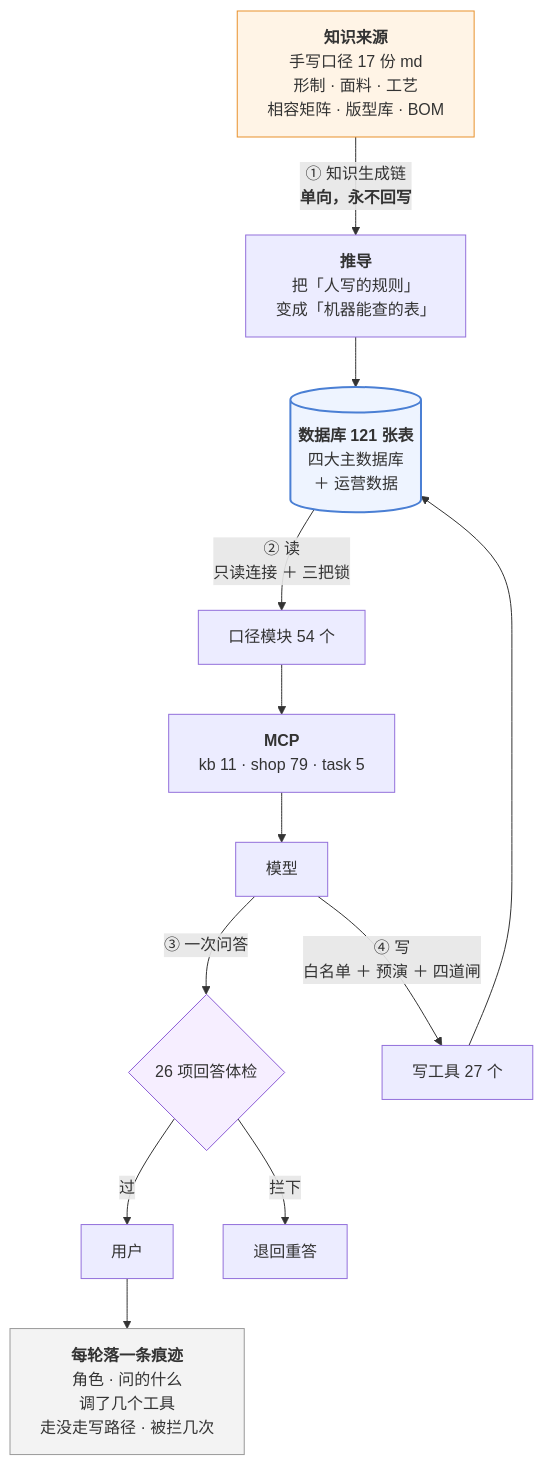
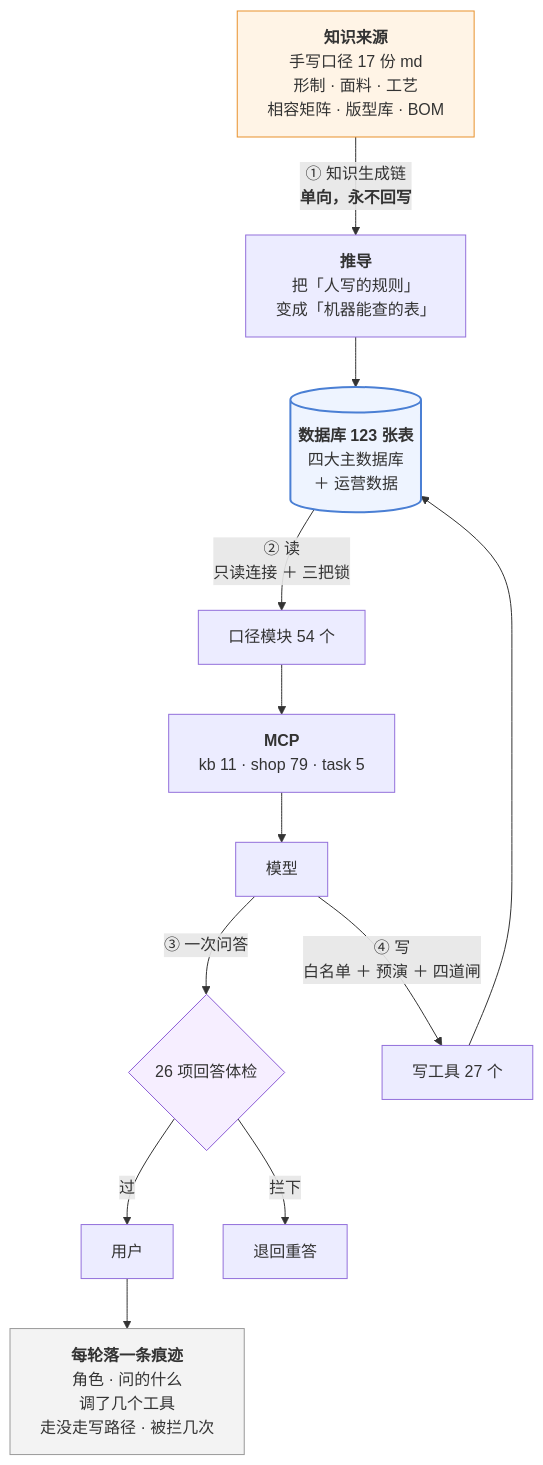
Before and after one commit to 843773296-rgb/lanxiu-yunshang-agent: the third of 3 diagrams in 澜绣云裳agent-产品说明.md, drawn with Mermaid. The commit also changed other lines of this file and 3 other files, not shown here.

````diff
--- a/澜绣云裳agent-产品说明.md
+++ b/澜绣云裳agent-产品说明.md
@@ -1045,24 +1045,24 @@
 ```mermaid
 flowchart TD
     MD["<b>知识来源</b><br/>手写口径 17 份 md<br/>形制 · 面料 · 工艺<br/>相容矩阵 · 版型库 · BOM"]
     MD -->|"① 知识生成链<br/><b>单向，永不回写</b>"| DV["<b>推导</b><br/>把「人写的规则」<br/>变成「机器能查的表」"]
-    DV --> DB[("<b>数据库 121 张表</b><br/>四大主数据库<br/>＋ 运营数据")]
+    DV --> DB[("<b>数据库 123 张表</b><br/>四大主数据库<br/>＋ 运营数据")]
 
     DB -->|"② 读<br/>只读连接 ＋ 三把锁"| KJ["口径模块 54 个"]
     KJ --> MCP["<b>MCP</b><br/>kb 11 · shop 79 · task 5"]
     MCP --> LLM["模型"]
 
     LLM -->|"③ 一次问答"| GD{"26 项回答体检"}
     GD -- 过 --> U["用户"]
     GD -- 拦下 --> RE["退回重答"]
 
     LLM -->|"④ 写<br/>白名单 ＋ 预演 ＋ 四道闸"| W["写工具 27 个"]
     W --> DB
 
     U --> TR["<b>每轮落一条痕迹</b><br/>角色 · 问的什么<br/>调了几个工具<br/>走没走写路径 · 被拦几次"]
 
     style MD fill:#fff4e6,stroke:#e8912d
     style DB fill:#eef4ff,stroke:#4a7fd4,stroke-width:2px
     style GD fill:#f6eeff,stroke:#8b5cd6
     style TR fill:#f3f3f3,stroke:#999
 ```
````
